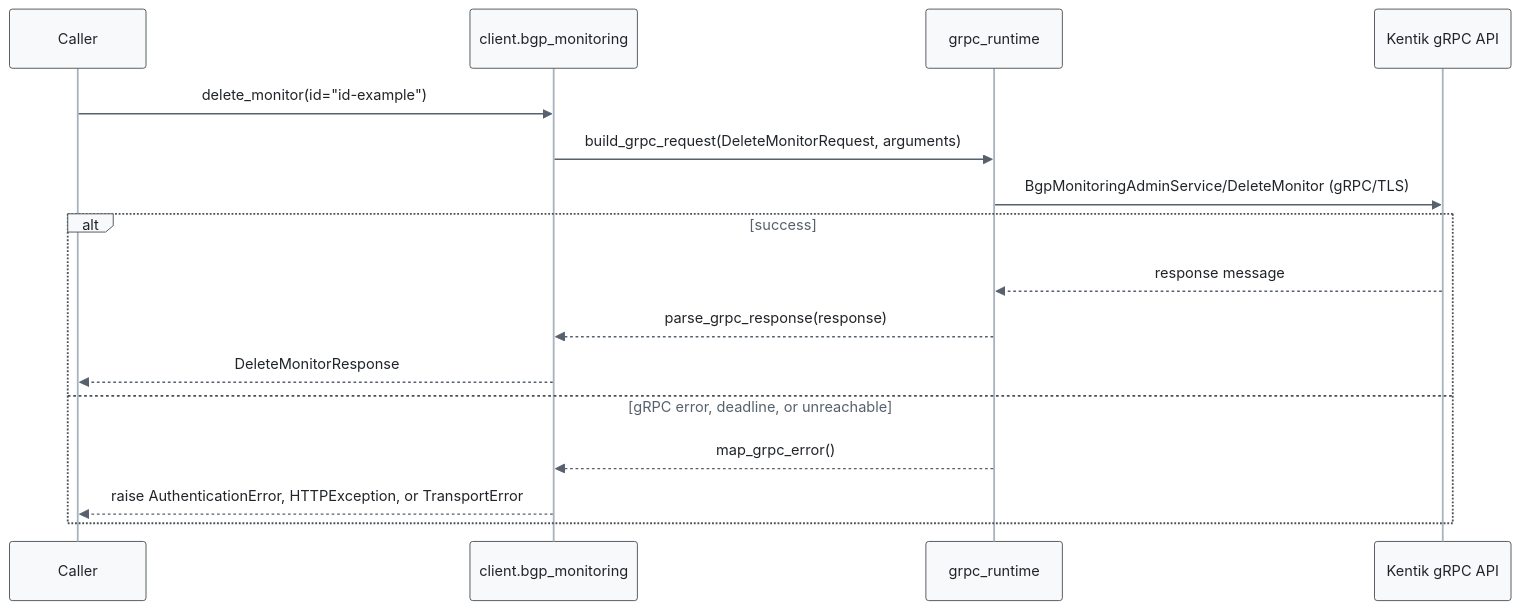
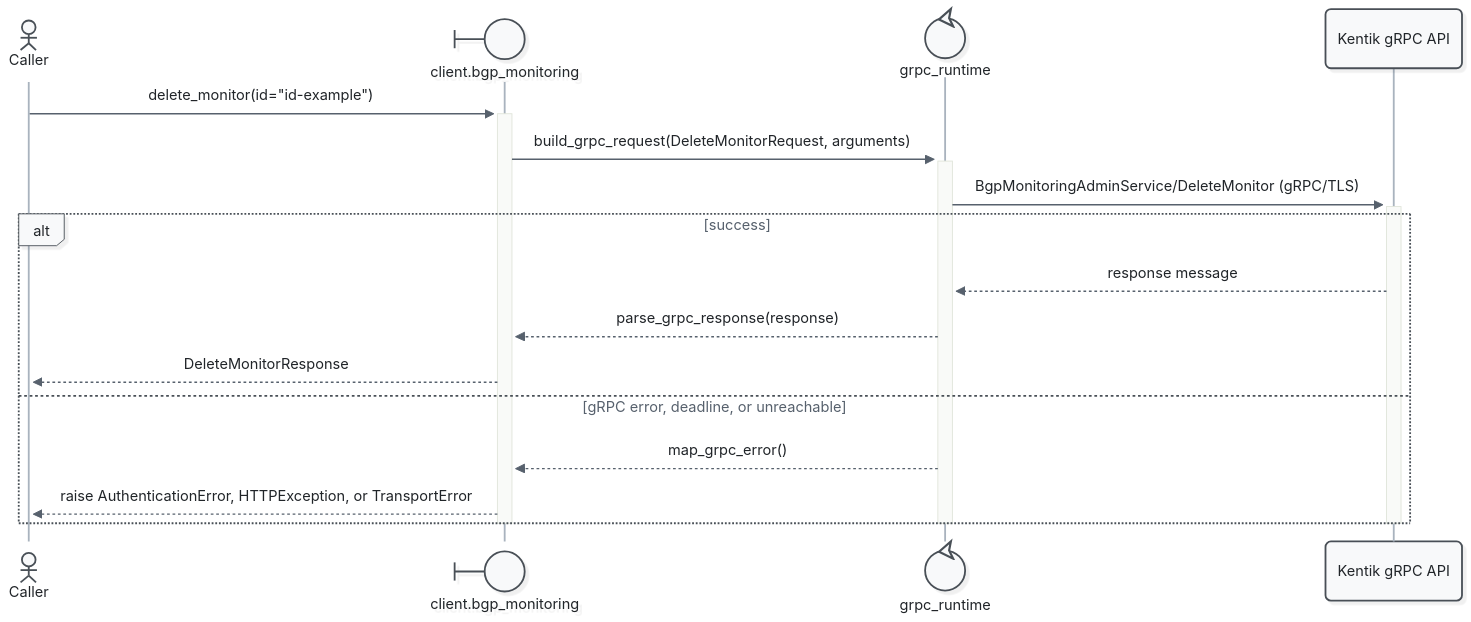
Diagram 14 of 17 in docs/sphinx/services/bgp_monitoring.md (alexdearaujo/community_sdk_python), drawn with Mermaid before and after one commit. The commit also changed other lines of this file and 52 other files, not shown here.

First line of the commit message:
docs: Mermaid 12 sequence diagrams with participant types and path colors

````diff
--- a/docs/sphinx/services/bgp_monitoring.md
+++ b/docs/sphinx/services/bgp_monitoring.md
@@ -525,20 +557,23 @@
 ```mermaid
-%%{init: {"theme": "base", "fontFamily": "ui-monospace, SFMono-Regular, Menlo, monospace", "themeVariables": {"fontFamily": "ui-monospace, SFMono-Regular, Menlo, monospace", "primaryColor": "#f8f9fa", "primaryBorderColor": "#495057", "primaryTextColor": "#212529", "textColor": "#212529", "lineColor": "#77818c", "edgeLabelBackground": "#ffffff", "actorBkg": "#f8f9fa", "actorBorder": "#495057", "actorTextColor": "#212529", "actorLineColor": "#a9b3be", "signalColor": "#57616d", "signalTextColor": "#212529", "labelBoxBkgColor": "#f8f9fa", "labelBoxBorderColor": "#495057", "labelTextColor": "#212529", "loopTextColor": "#57616d", "noteBkgColor": "#fff9db", "noteBorderColor": "#f08c00", "noteTextColor": "#a35a00"}, "flowchart": {"curve": "step", "nodeSpacing": 30, "rankSpacing": 70, "wrappingWidth": 400}}}%%
+%%{init: {"theme": "redux", "look": "neo", "layout": "dagre", "fontFamily": "ui-monospace, SFMono-Regular, Menlo, monospace", "themeVariables": {"fontFamily": "ui-monospace, SFMono-Regular, Menlo, monospace", "primaryColor": "#f8f9fa", "primaryBorderColor": "#495057", "primaryTextColor": "#212529", "textColor": "#212529", "lineColor": "#77818c", "edgeLabelBackground": "#ffffff", "actorBkg": "#f8f9fa", "actorBorder": "#495057", "actorTextColor": "#212529", "actorLineColor": "#a9b3be", "signalColor": "#57616d", "signalTextColor": "#212529", "labelBoxBkgColor": "#f8f9fa", "labelBoxBorderColor": "#495057", "labelTextColor": "#212529", "loopTextColor": "#57616d", "noteBkgColor": "#fff9db", "noteBorderColor": "#f08c00", "noteTextColor": "#a35a00"}, "sequence": {"activationWidth": 16}, "flowchart": {"curve": "step", "nodeSpacing": 30, "rankSpacing": 70, "wrappingWidth": 400}}}%%
 sequenceDiagram
-    participant C as Caller
-    participant W as client.bgp_monitoring
-    participant R as grpc_runtime
+    actor C as Caller
+    participant W@{ "type": "boundary" } as client.bgp_monitoring
+    participant R@{ "type": "control" } as grpc_runtime
     participant API as Kentik gRPC API
 
-    C->>W: delete_monitor(id="id-example")
-    W->>R: build_grpc_request(DeleteMonitorRequest, arguments)
-    R->>API: BgpMonitoringAdminService/DeleteMonitor (gRPC/TLS)
+    C->>+W: delete_monitor(id="id-example")
+    W->>+R: build_grpc_request(DeleteMonitorRequest, arguments)
+    R->>+API: BgpMonitoringAdminService/DeleteMonitor (gRPC/TLS)
     alt success
         API-->>R: response message
         R-->>W: parse_grpc_response(response)
         W-->>C: DeleteMonitorResponse
     else gRPC error, deadline, or unreachable
         R-->>W: map_grpc_error()
         W-->>C: raise AuthenticationError, HTTPException, or TransportError
     end
+    deactivate API
+    deactivate R
+    deactivate W
 ```
````
